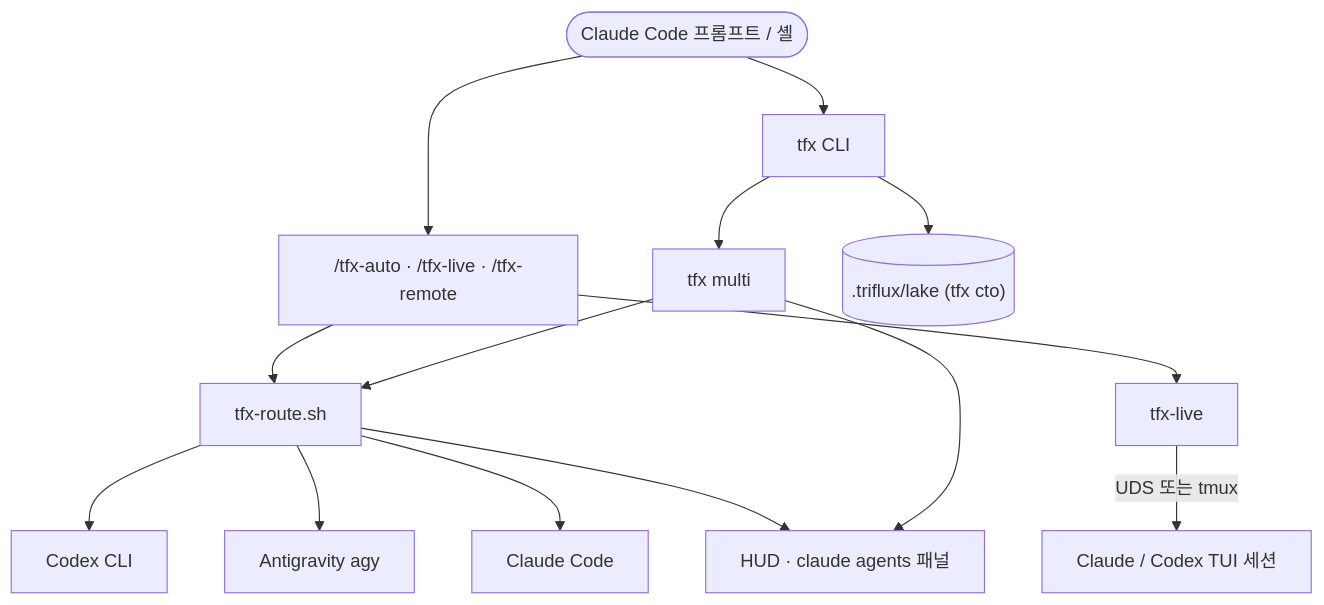
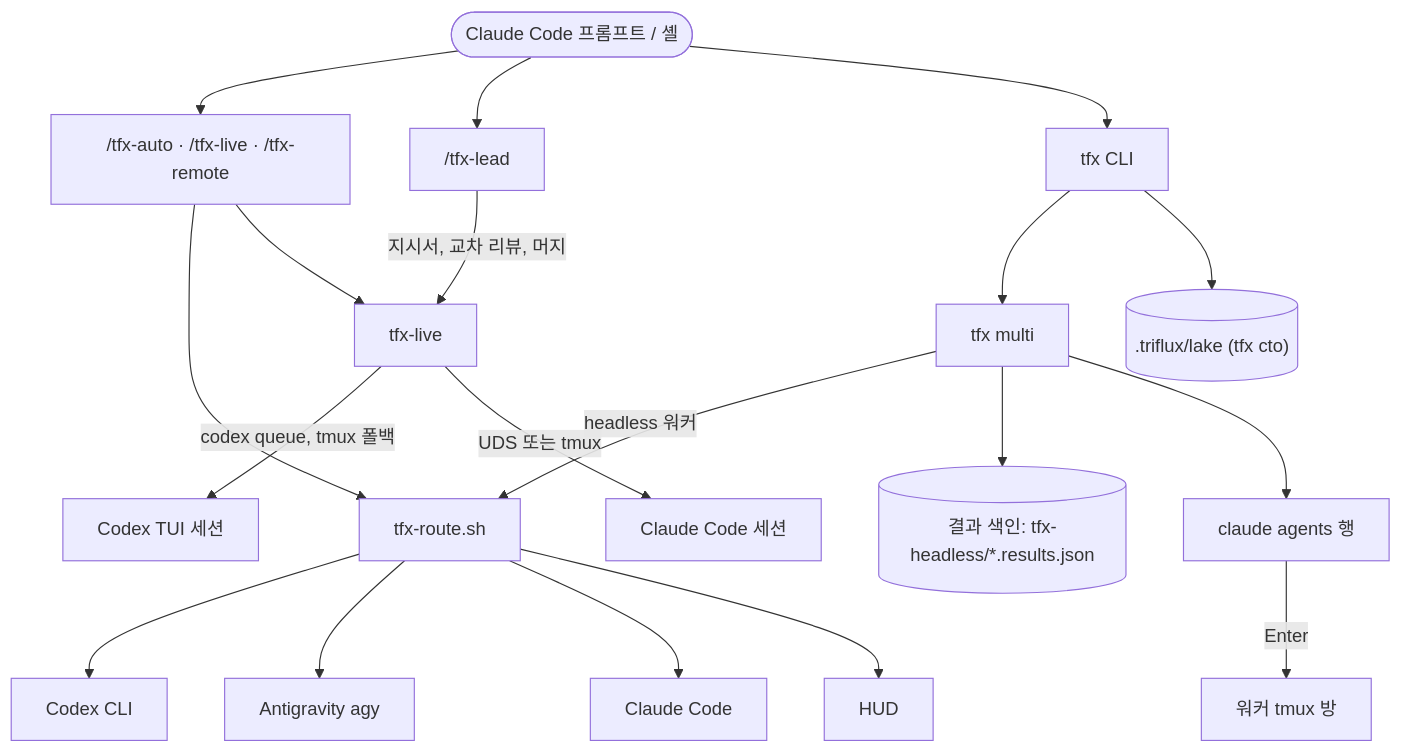
Before and after one commit to tellang/triflux: the diagram in README.ko.md, drawn with Mermaid. The commit also changed other lines of this file and 9 other files, not shown here.

````diff
--- a/README.ko.md
+++ b/README.ko.md
@@ -184,16 +180,21 @@
 ```mermaid
 graph TD
     User([Claude Code 프롬프트 / 셸]) --> Skills["/tfx-auto · /tfx-live · /tfx-remote"]
+    User --> Lead["/tfx-lead"]
     User --> CLI[tfx CLI]
+    Lead -->|"지시서, 교차 리뷰, 머지"| Live
     Skills --> Route[tfx-route.sh]
     Skills --> Live[tfx-live]
     CLI --> Team["tfx multi"]
     Route --> Codex[Codex CLI]
     Route --> Agy[Antigravity agy]
     Route --> Claude[Claude Code]
-    Team --> Route
-    Live -->|UDS 또는 tmux| Sessions[Claude / Codex TUI 세션]
-    Route --> UI["HUD · claude agents 패널"]
-    Team --> UI
+    Team -->|headless 워커| Route
+    Team --> Index[("결과 색인: tfx-headless/*.results.json")]
+    Team --> Rows["claude agents 행"]
+    Rows -->|Enter| Room["워커 tmux 방"]
+    Live -->|"codex queue, tmux 폴백"| CodexTUI[Codex TUI 세션]
+    Live -->|"UDS 또는 tmux"| ClaudeTUI[Claude Code 세션]
+    Route --> HUD[HUD]
     CLI --> Lake[(".triflux/lake (tfx cto)")]
 ```
````
